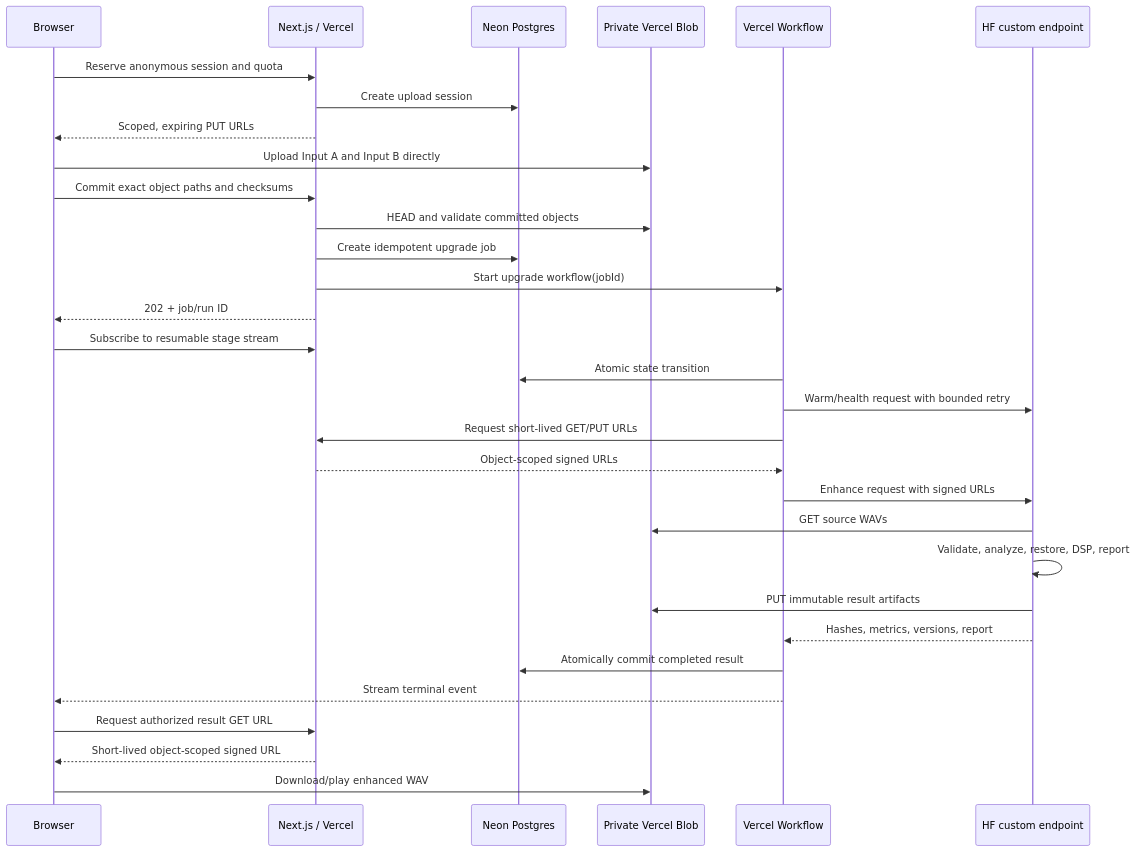
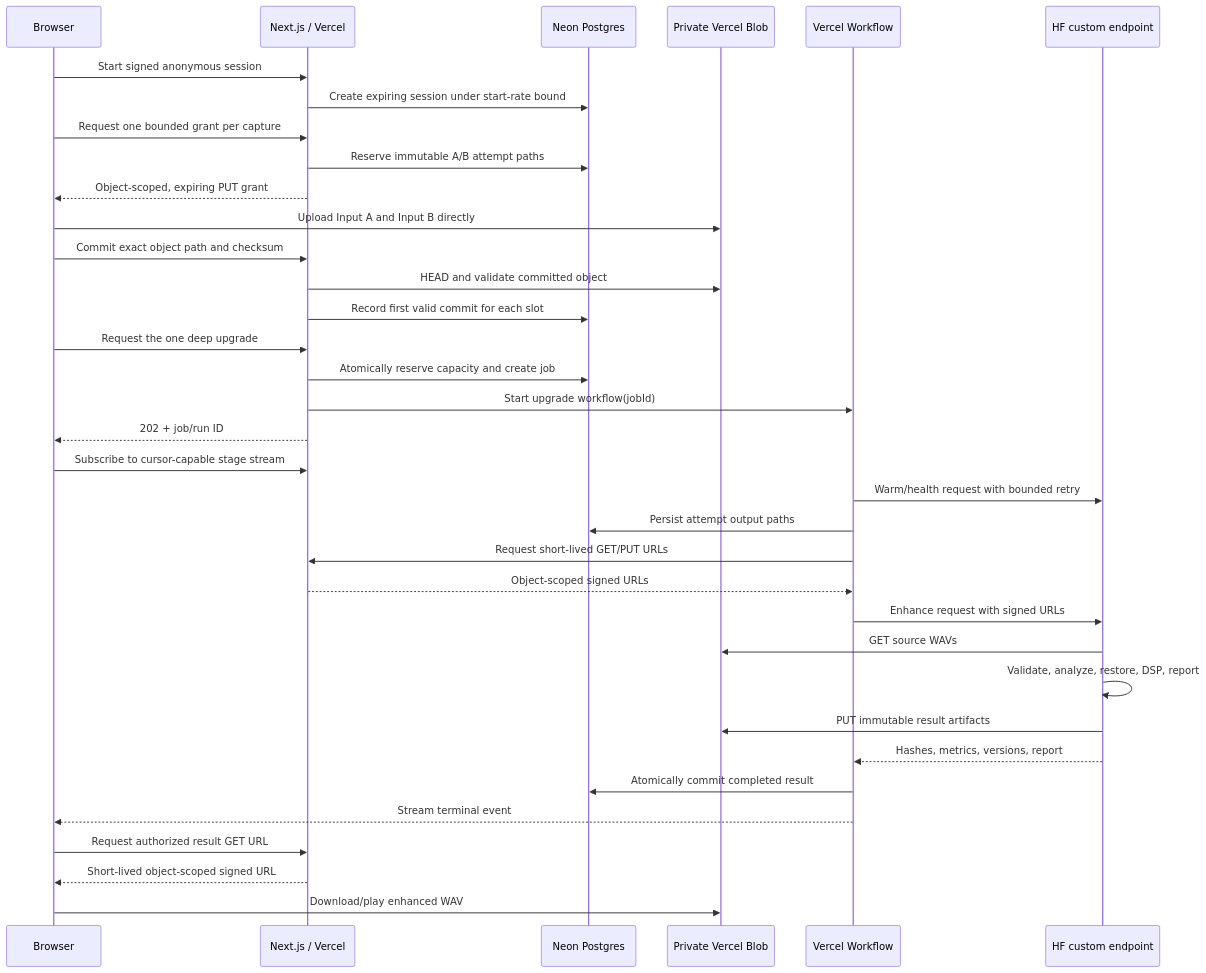
The diagram in docs/ARCHITECTURE.md (sergiopesch/signal-enhancer), drawn with Mermaid before and after one commit. The commit also changed other lines of this file and 61 other files, not shown here.

````diff
--- a/docs/ARCHITECTURE.md
+++ b/docs/ARCHITECTURE.md
@@ -19,34 +19,38 @@
 ```mermaid
 sequenceDiagram
     participant B as Browser
     participant V as Next.js / Vercel
     participant DB as Neon Postgres
     participant Blob as Private Vercel Blob
     participant W as Vercel Workflow
     participant HF as HF custom endpoint
 
-    B->>V: Reserve anonymous session and quota
-    V->>DB: Create upload session
-    V-->>B: Scoped, expiring PUT URLs
+    B->>V: Start signed anonymous session
+    V->>DB: Create expiring session under start-rate bound
+    B->>V: Request one bounded grant per capture
+    V->>DB: Reserve immutable A/B attempt paths
+    V-->>B: Object-scoped, expiring PUT grant
     B->>Blob: Upload Input A and Input B directly
-    B->>V: Commit exact object paths and checksums
-    V->>Blob: HEAD and validate committed objects
-    V->>DB: Create idempotent upgrade job
+    B->>V: Commit exact object path and checksum
+    V->>Blob: HEAD and validate committed object
+    V->>DB: Record first valid commit for each slot
+    B->>V: Request the one deep upgrade
+    V->>DB: Atomically reserve capacity and create job
     V->>W: Start upgrade workflow(jobId)
     V-->>B: 202 + job/run ID
-    B->>V: Subscribe to resumable stage stream
-    W->>DB: Atomic state transition
+    B->>V: Subscribe to cursor-capable stage stream
     W->>HF: Warm/health request with bounded retry
+    W->>DB: Persist attempt output paths
     W->>V: Request short-lived GET/PUT URLs
     V-->>W: Object-scoped signed URLs
     W->>HF: Enhance request with signed URLs
     HF->>Blob: GET source WAVs
     HF->>HF: Validate, analyze, restore, DSP, report
     HF->>Blob: PUT immutable result artifacts
     HF-->>W: Hashes, metrics, versions, report
     W->>DB: Atomically commit completed result
     W-->>B: Stream terminal event
     B->>V: Request authorized result GET URL
     V-->>B: Short-lived object-scoped signed URL
     B->>Blob: Download/play enhanced WAV
 ```
````
